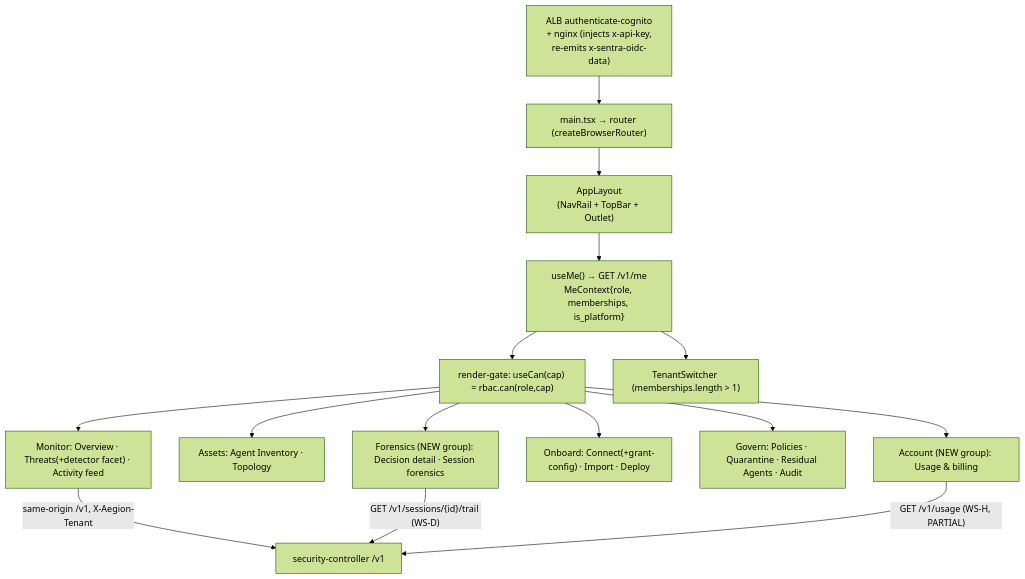
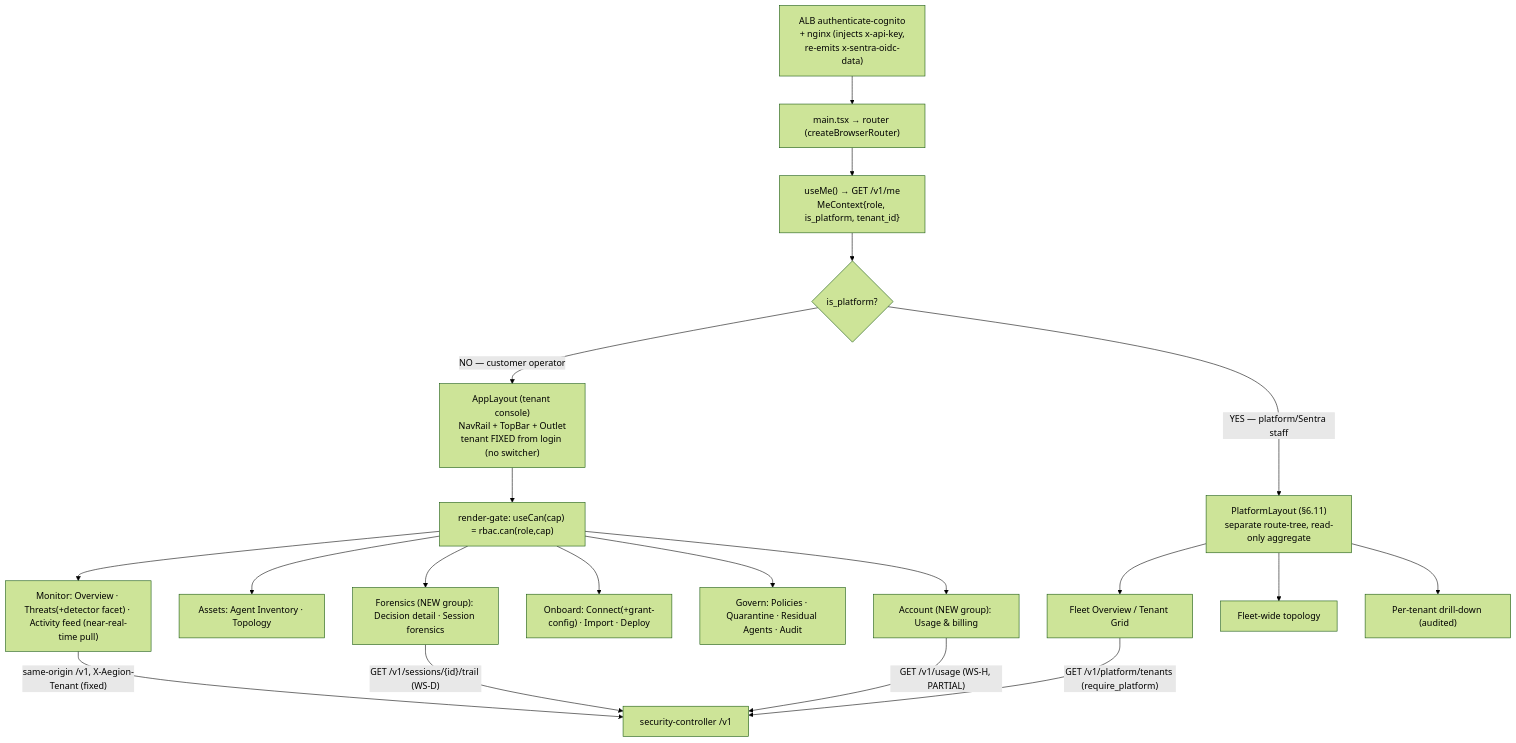
One commit to shashank31mar/Sentra changed the first of 7 diagrams in lld/40-multi-tenant-console.md. Above: the diagram before and after it, drawn with Mermaid (forest theme). The commit also changed other lines of this file and 6 other files, not shown here.

First line of the commit message:
docs: WS-N reconciliation — ADR-038 lane reversal, lld/26 + lld/40 console re-bind to operator identity, ws-n task doc

````diff
--- a/lld/40-multi-tenant-console.md
+++ b/lld/40-multi-tenant-console.md
@@ -93,17 +106,22 @@
 ```mermaid
 flowchart TD
   ALB["ALB authenticate-cognito<br/>+ nginx (injects x-api-key,<br/>re-emits x-sentra-oidc-data)"] --> APP["main.tsx → router (createBrowserRouter)"]
-  APP --> LAYOUT["AppLayout<br/>(NavRail + TopBar + Outlet)"]
-  LAYOUT --> ME["useMe() → GET /v1/me<br/>MeContext{role, memberships, is_platform}"]
-  ME --> GATE["render-gate: useCan(cap) = rbac.can(role,cap)"]
-  ME --> SW["TenantSwitcher (memberships.length > 1)"]
-  GATE --> MON["Monitor: Overview · Threats(+detector facet) · Activity feed"]
+  APP --> ME["useMe() → GET /v1/me<br/>MeContext{role, is_platform, tenant_id}"]
+  ME --> ROOT{"is_platform?"}
+  ROOT -->|"NO — customer operator"| LAYOUT["AppLayout (tenant console)<br/>NavRail + TopBar + Outlet<br/>tenant FIXED from login (no switcher)"]
+  ROOT -->|"YES — platform/Sentra staff"| PLAT["PlatformLayout (§6.11)<br/>separate route-tree, read-only aggregate"]
+  LAYOUT --> GATE["render-gate: useCan(cap) = rbac.can(role,cap)"]
+  GATE --> MON["Monitor: Overview · Threats(+detector facet) · Activity feed (near-real-time pull)"]
   GATE --> ASSET["Assets: Agent Inventory · Topology"]
   GATE --> FOR["Forensics (NEW group): Decision detail · Session forensics"]
   GATE --> ONB["Onboard: Connect(+grant-config) · Import · Deploy"]
   GATE --> GOV["Govern: Policies · Quarantine · Residual Agents · Audit"]
   GATE --> ACCT["Account (NEW group): Usage & billing"]
-  MON -->|"same-origin /v1, X-Aegion-Tenant"| CTRL["security-controller /v1"]
+  PLAT --> PFLEET["Fleet Overview / Tenant Grid"]
+  PLAT --> PTOPO["Fleet-wide topology"]
+  PLAT --> PDRILL["Per-tenant drill-down (audited)"]
+  MON -->|"same-origin /v1, X-Aegion-Tenant (fixed)"| CTRL["security-controller /v1"]
   FOR -->|"GET /v1/sessions/{id}/trail (WS-D)"| CTRL
   ACCT -->|"GET /v1/usage (WS-H, PARTIAL)"| CTRL
+  PFLEET -->|"GET /v1/platform/tenants (require_platform)"| CTRL
 ```
````
